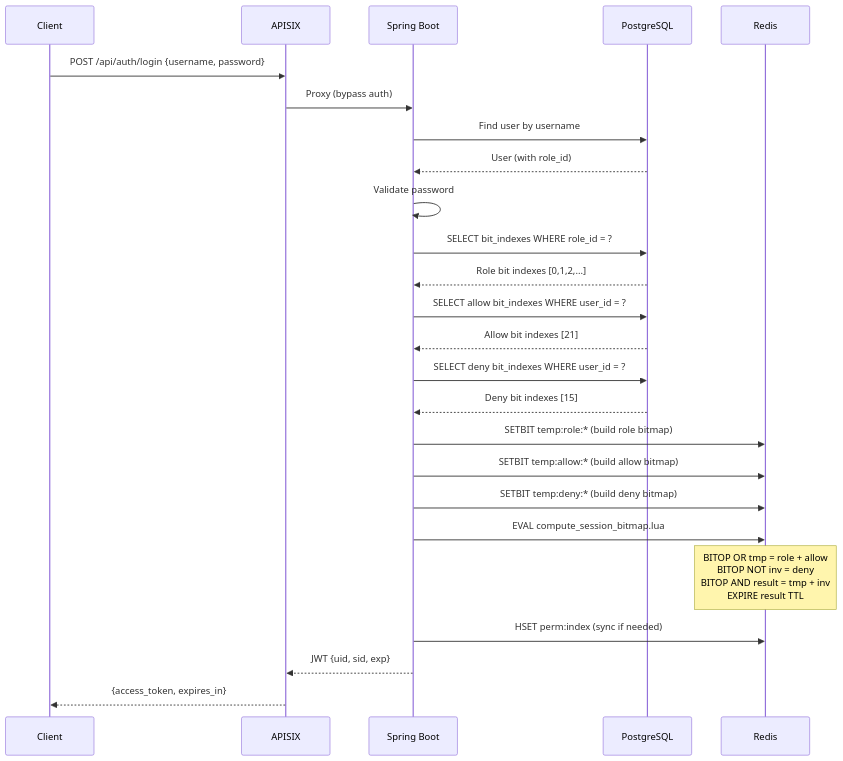
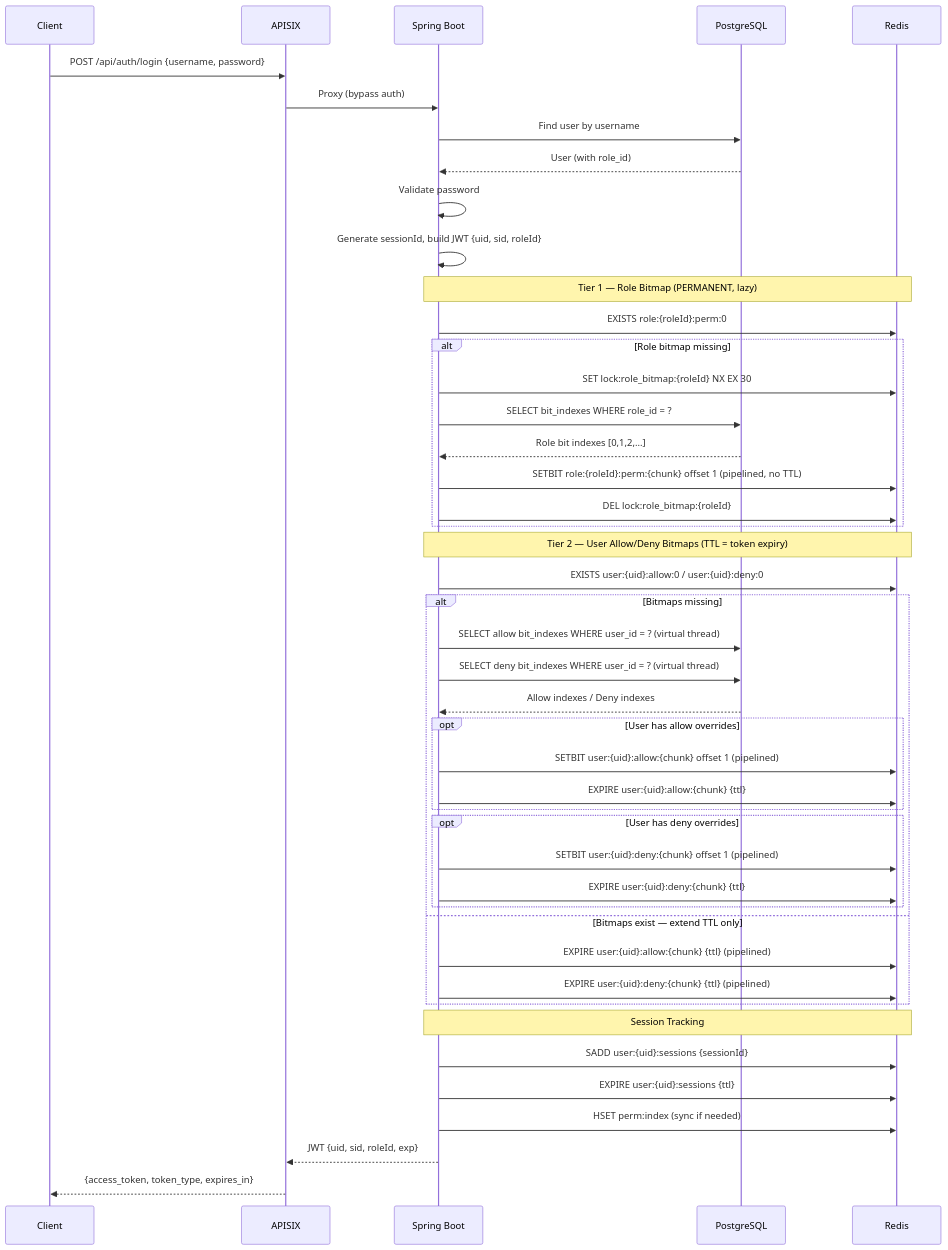
The second of 4 diagrams in docs/architecture.md (mobarakice/bitmap-authorization), drawn with Mermaid before and after one commit. The commit also changed other lines of this file and 26 other files, not shown here.

````diff
--- a/docs/architecture.md
+++ b/docs/architecture.md
@@ -30,31 +32,52 @@
 ```mermaid
 sequenceDiagram
     participant C as Client
     participant A as APISIX
     participant S as Spring Boot
     participant DB as PostgreSQL
     participant R as Redis
 
     C->>A: POST /api/auth/login {username, password}
     A->>S: Proxy (bypass auth)
     S->>DB: Find user by username
     DB-->>S: User (with role_id)
     S->>S: Validate password
+    S->>S: Generate sessionId, build JWT {uid, sid, roleId}
 
-    S->>DB: SELECT bit_indexes WHERE role_id = ?
-    DB-->>S: Role bit indexes [0,1,2,...]
-    S->>DB: SELECT allow bit_indexes WHERE user_id = ?
-    DB-->>S: Allow bit indexes [21]
-    S->>DB: SELECT deny bit_indexes WHERE user_id = ?
-    DB-->>S: Deny bit indexes [15]
+    Note over S,R: Tier 1 — Role Bitmap (PERMANENT, lazy)
+    S->>R: EXISTS role:{roleId}:perm:0
+    alt Role bitmap missing
+        S->>R: SET lock:role_bitmap:{roleId} NX EX 30
+        S->>DB: SELECT bit_indexes WHERE role_id = ?
+        DB-->>S: Role bit indexes [0,1,2,...]
+        S->>R: SETBIT role:{roleId}:perm:{chunk} offset 1 (pipelined, no TTL)
+        S->>R: DEL lock:role_bitmap:{roleId}
+    end
 
-    S->>R: SETBIT temp:role:* (build role bitmap)
-    S->>R: SETBIT temp:allow:* (build allow bitmap)
-    S->>R: SETBIT temp:deny:* (build deny bitmap)
-    S->>R: EVAL compute_session_bitmap.lua
-    Note over R: BITOP OR tmp = role + allow<br/>BITOP NOT inv = deny<br/>BITOP AND result = tmp + inv<br/>EXPIRE result TTL
+    Note over S,R: Tier 2 — User Allow/Deny Bitmaps (TTL = token expiry)
+    S->>R: EXISTS user:{uid}:allow:0 / user:{uid}:deny:0
+    alt Bitmaps missing
+        S->>DB: SELECT allow bit_indexes WHERE user_id = ? (virtual thread)
+        S->>DB: SELECT deny bit_indexes WHERE user_id = ? (virtual thread)
+        DB-->>S: Allow indexes / Deny indexes
+        opt User has allow overrides
+            S->>R: SETBIT user:{uid}:allow:{chunk} offset 1 (pipelined)
+            S->>R: EXPIRE user:{uid}:allow:{chunk} {ttl}
+        end
+        opt User has deny overrides
+            S->>R: SETBIT user:{uid}:deny:{chunk} offset 1 (pipelined)
+            S->>R: EXPIRE user:{uid}:deny:{chunk} {ttl}
+        end
+    else Bitmaps exist — extend TTL only
+        S->>R: EXPIRE user:{uid}:allow:{chunk} {ttl} (pipelined)
+        S->>R: EXPIRE user:{uid}:deny:{chunk} {ttl} (pipelined)
+    end
+
+    Note over S,R: Session Tracking
+    S->>R: SADD user:{uid}:sessions {sessionId}
+    S->>R: EXPIRE user:{uid}:sessions {ttl}
 
     S->>R: HSET perm:index (sync if needed)
-    S-->>A: JWT {uid, sid, exp}
-    A-->>C: {access_token, expires_in}
+    S-->>A: JWT {uid, sid, roleId, exp}
+    A-->>C: {access_token, token_type, expires_in}
 ```
````
